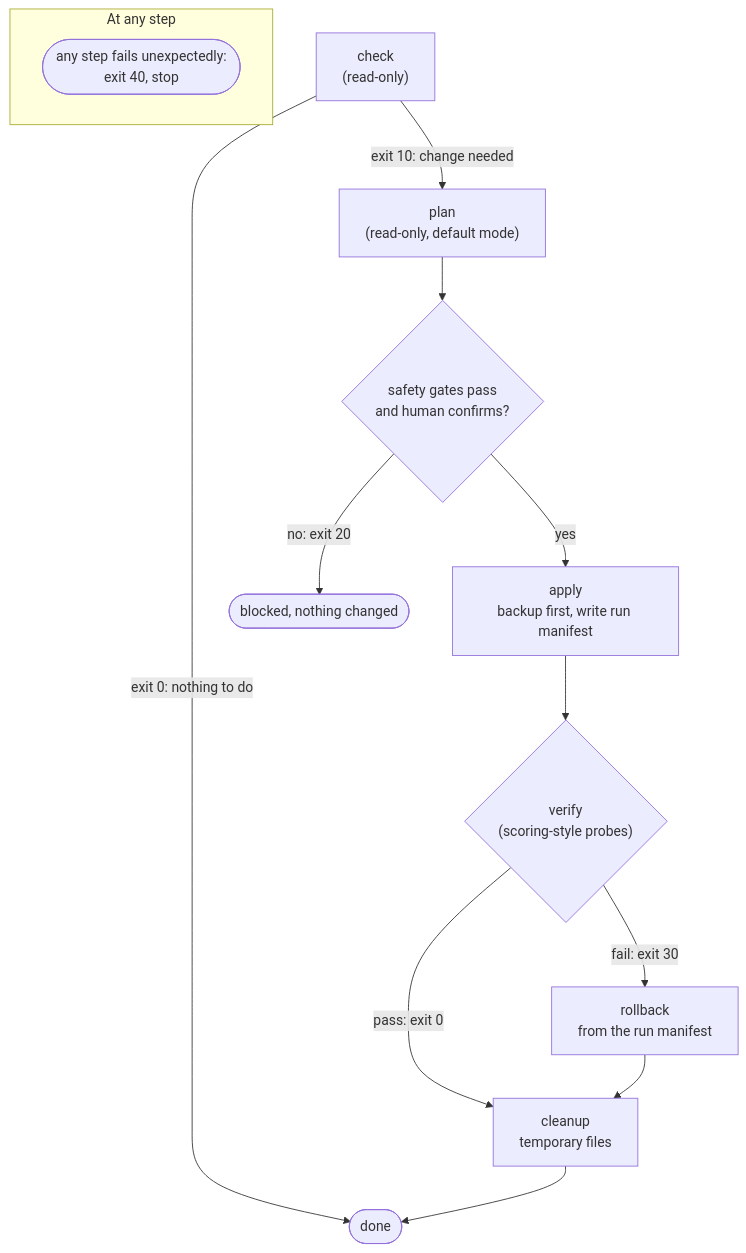
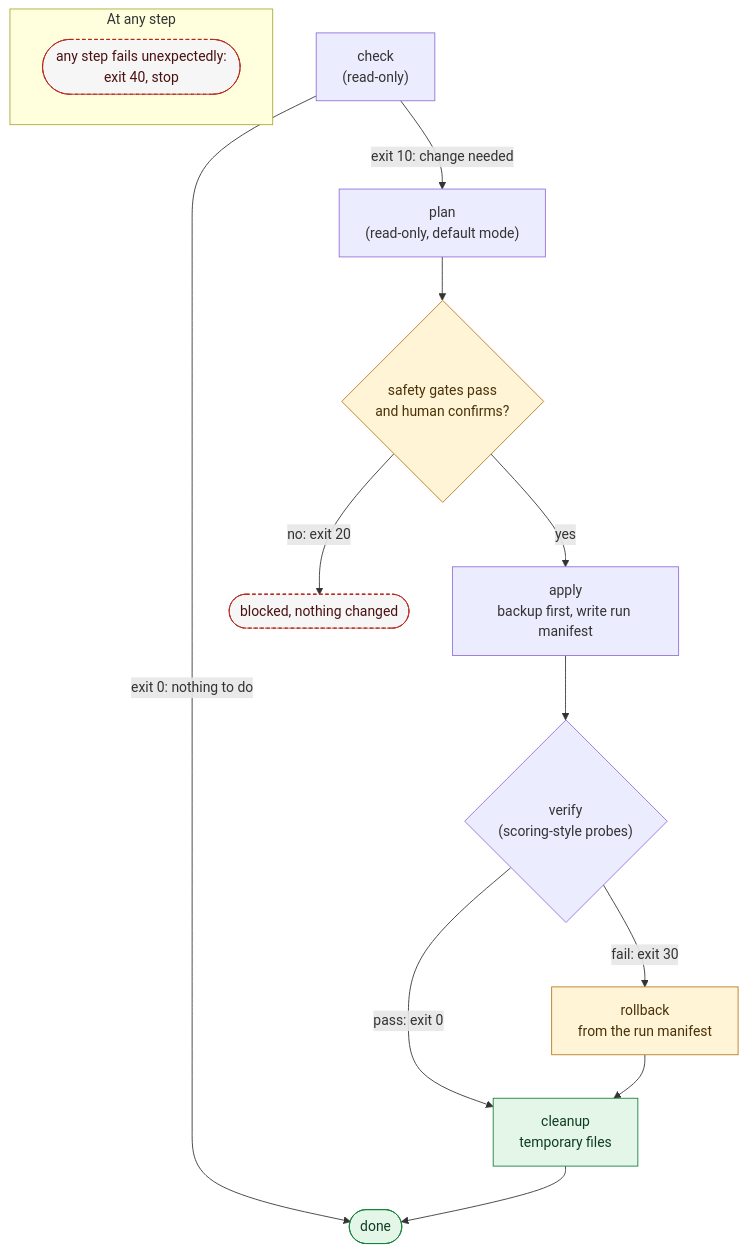
The third of 3 diagrams in docs/design/00-Module-Contract-and-Layout.md (dotnetdork/Labyrinth), drawn with Mermaid before and after one commit. The commit also changed other lines of this file and 12 other files, not shown here.

````diff
--- a/docs/design/00-Module-Contract-and-Layout.md
+++ b/docs/design/00-Module-Contract-and-Layout.md
@@ -138,16 +146,22 @@
 ```mermaid
 flowchart TD
     C["check<br/>(read-only)"] -->|"exit 0: nothing to do"| DONE(["done"])
     C -->|"exit 10: change needed"| P["plan<br/>(read-only, default mode)"]
     P --> G{"safety gates pass<br/>and human confirms?"}
     G -->|"no: exit 20"| BLOCK(["blocked, nothing changed"])
     G -->|yes| A["apply<br/>backup first, write run manifest"]
     A --> V{"verify<br/>(scoring-style probes)"}
     V -->|"pass: exit 0"| CL["cleanup<br/>temporary files"]
     V -->|"fail: exit 30"| RB["rollback<br/>from the run manifest"]
     RB --> CL
     CL --> DONE
     subgraph anystep["At any step"]
         ERR(["any step fails unexpectedly:<br/>exit 40, stop"])
     end
+    classDef ok fill:#e3f6e8,stroke:#15803d,color:#0f3d20
+    classDef human fill:#fff4d6,stroke:#b7791f,color:#4a3108
+    classDef stop fill:#f6f6f6,stroke:#b42318,color:#4a1111,stroke-dasharray:4 3
+    class DONE,CL ok
+    class G,RB human
+    class BLOCK,ERR stop
 ```
````
